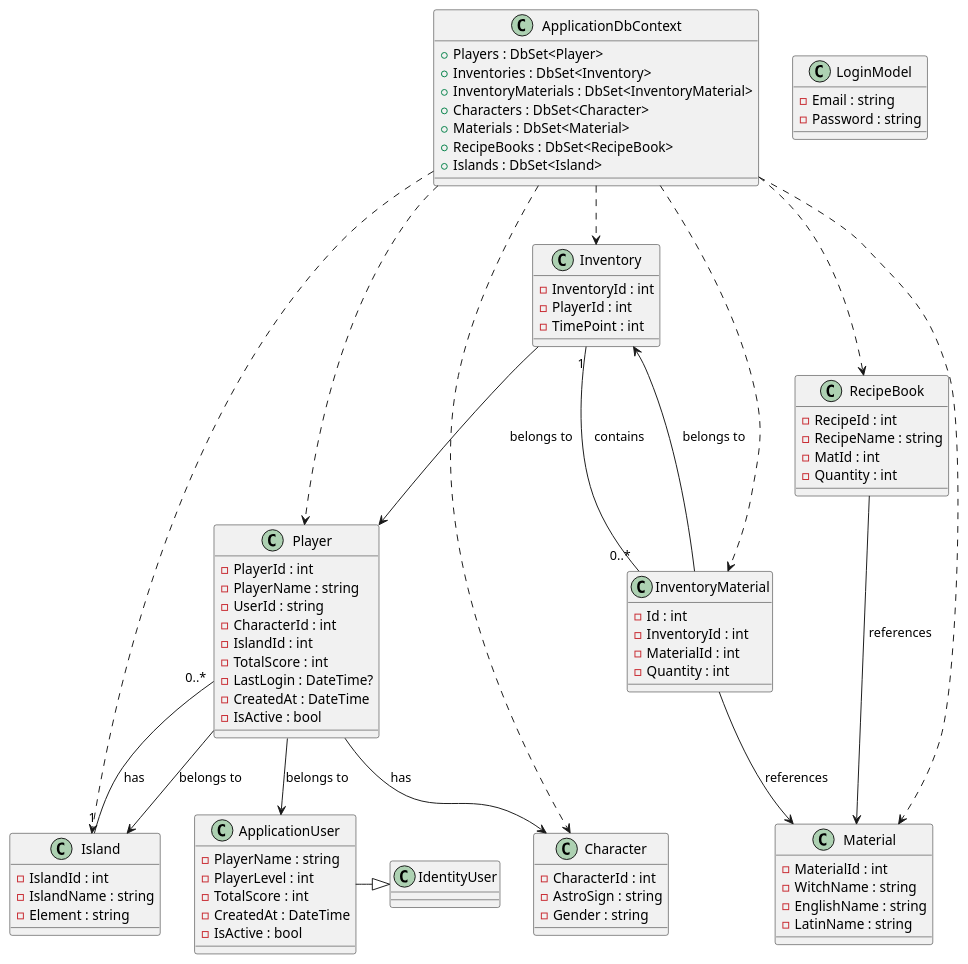
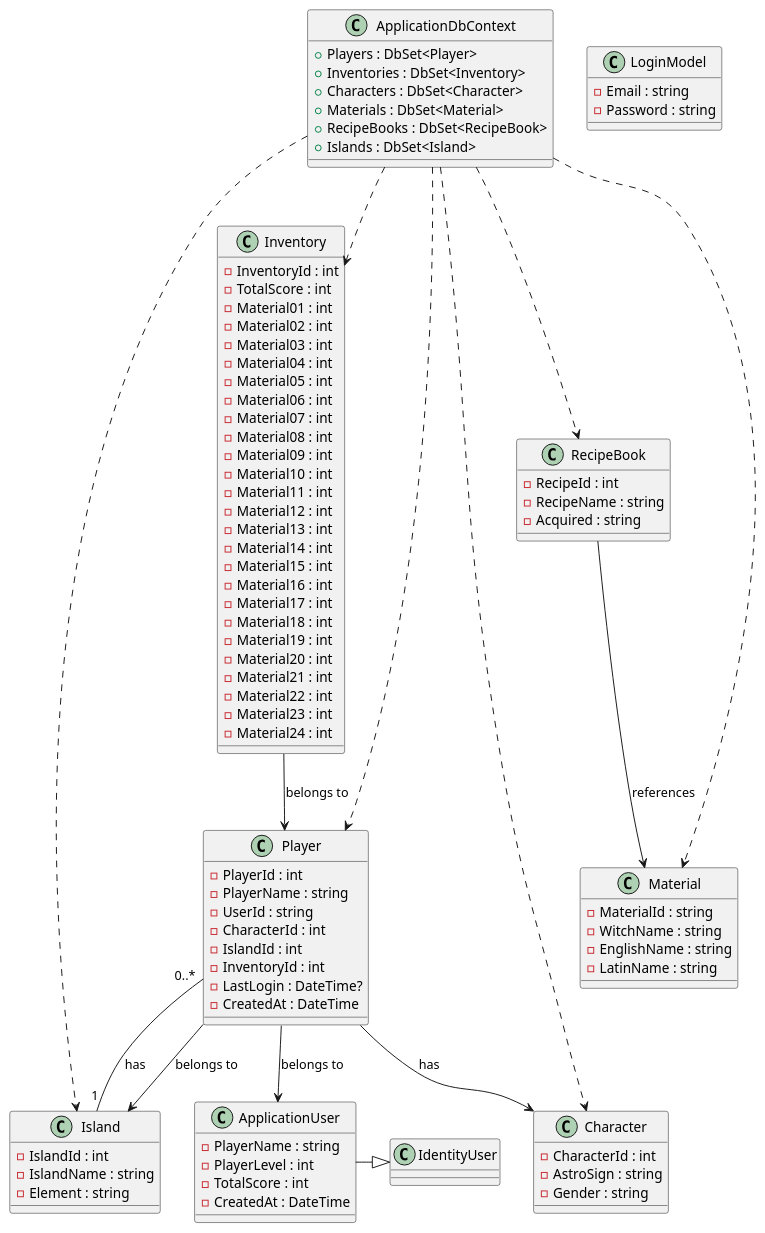
The diagram in UML Diagrams/domain-model.puml (PBB2020/AstroWheelAPI), drawn with PlantUML before and after one commit. The commit also changed 6 other files, not shown here.

```diff
--- a/UML Diagrams/domain-model.puml
+++ b/UML Diagrams/domain-model.puml
@@ -1,129 +1,131 @@
 @startuml
 
 ' ---------------------------
 ' Alapos osztályok definiálása
 ' ---------------------------
 
 ' IdentityUser - placeholder, mivel az ApplicationUser ezt örökli
 class IdentityUser
 
 class ApplicationUser {
   - PlayerName : string
   - PlayerLevel : int
   - TotalScore : int
   - CreatedAt : DateTime
-  - IsActive : bool
 }
 ApplicationUser -|> IdentityUser
 
 class Character {
   - CharacterId : int
   - AstroSign : string
   - Gender : string
 }
 
 class Inventory {
   - InventoryId : int
-  - PlayerId : int
-  - TimePoint : int
-}
-
-class InventoryMaterial {
-  - Id : int
-  - InventoryId : int
-  - MaterialId : int
-  - Quantity : int
+  - TotalScore : int
+  - Material01 : int
+  - Material02 : int
+  - Material03 : int
+  - Material04 : int
+  - Material05 : int
+  - Material06 : int
+  - Material07 : int
+  - Material08 : int
+  - Material09 : int
+  - Material10 : int
+  - Material11 : int
+  - Material12 : int
+  - Material13 : int
+  - Material14 : int
+  - Material15 : int
+  - Material16 : int
+  - Material17 : int
+  - Material18 : int
+  - Material19 : int
+  - Material20 : int
+  - Material21 : int
+  - Material22 : int
+  - Material23 : int
+  - Material24 : int
 }
 
 class Island {
   - IslandId : int
   - IslandName : string
   - Element : string
 }
 
 class LoginModel {
   - Email : string
   - Password : string
 }
 
 class Material {
-  - MaterialId : int
+  - MaterialId : string
   - WitchName : string
   - EnglishName : string
   - LatinName : string
 }
 
 class Player {
   - PlayerId : int
   - PlayerName : string
   - UserId : string
   - CharacterId : int
   - IslandId : int
-  - TotalScore : int
+  - InventoryId : int
   - LastLogin : DateTime?
   - CreatedAt : DateTime
-  - IsActive : bool
 }
 
 class RecipeBook {
   - RecipeId : int
   - RecipeName : string
-  - MatId : int
-  - Quantity : int
+  - Acquired : string
 }
 
 ' ---------------------------
 ' Kapcsolatok beállítása
 ' ---------------------------
 
 ' Inventory "belongs to" Player (a PlayerId alapján)
 Inventory --> Player : belongs to
-
-' Inventory tartalmaz több InventoryMaterial-t
-Inventory "1" -- "0..*" InventoryMaterial : contains
-
-' InventoryMaterial kapcsolódik az Inventory-hez
-InventoryMaterial --> Inventory : belongs to
-
-' InventoryMaterial hivatkozik a Material-re
-InventoryMaterial --> Material : references
 
 ' Island-nek több Player-je van
 Island "1" -- "0..*" Player : has
 
 ' Player kapcsolódik az ApplicationUser-hez
 Player --> ApplicationUser : belongs to
 
 ' Player rendelkezik egy Character-rel
 Player --> Character : has
 
 ' (Már jelöltük az Island kapcsolatot a Player-rel, ezért ezt opcionálisan is meg lehet jelölni)
 Player --> Island : belongs to
 
 ' RecipeBook hivatkozik a Material-re (MatId alapján)
 RecipeBook --> Material : references
 
 ' ---------------------------
 ' ApplicationDbContext osztály (DbSet-ekkel)
 ' ---------------------------
 
 class ApplicationDbContext {
   + Players : DbSet<Player>
   + Inventories : DbSet<Inventory>
-  + InventoryMaterials : DbSet<InventoryMaterial>
   + Characters : DbSet<Character>
   + Materials : DbSet<Material>
   + RecipeBooks : DbSet<RecipeBook>
   + Islands : DbSet<Island>
 }
 
 ' A context "has" a domain entitásokat (lágy függőségek)
 ApplicationDbContext ..> Player
 ApplicationDbContext ..> Inventory
-ApplicationDbContext ..> InventoryMaterial
 ApplicationDbContext ..> Character
 ApplicationDbContext ..> Material
 ApplicationDbContext ..> RecipeBook
 ApplicationDbContext ..> Island
 
 @enduml
```
